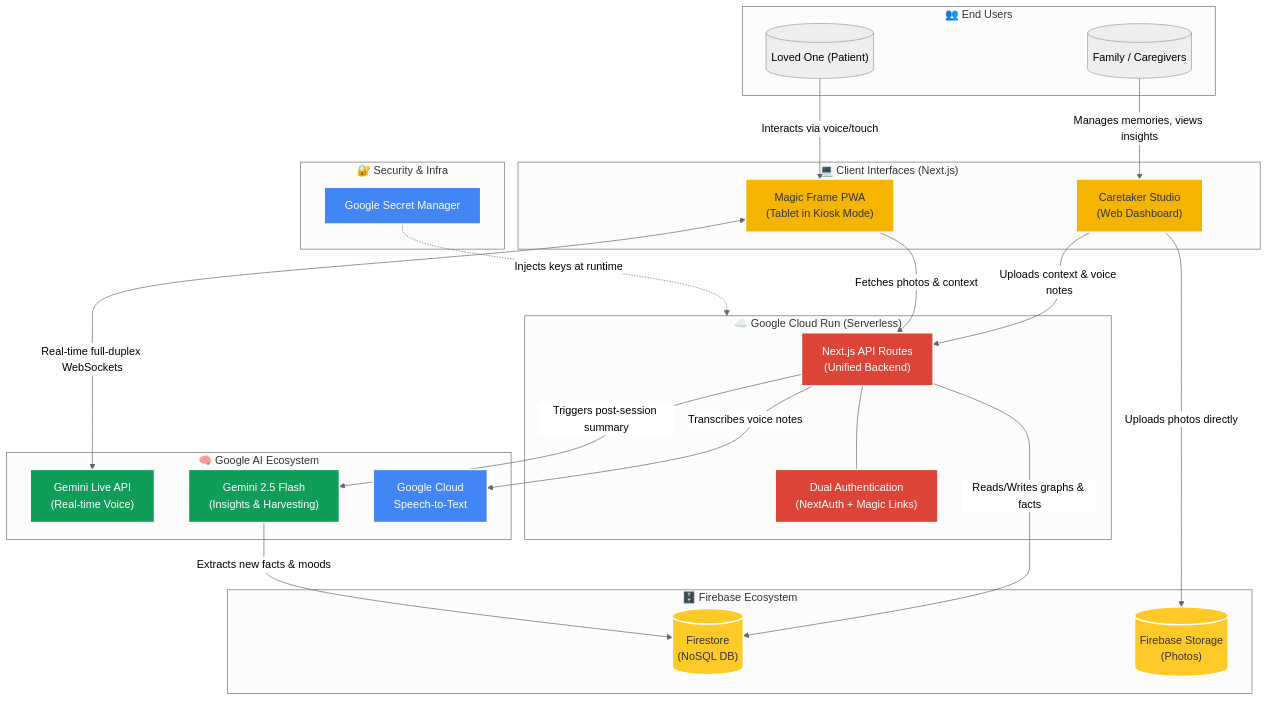
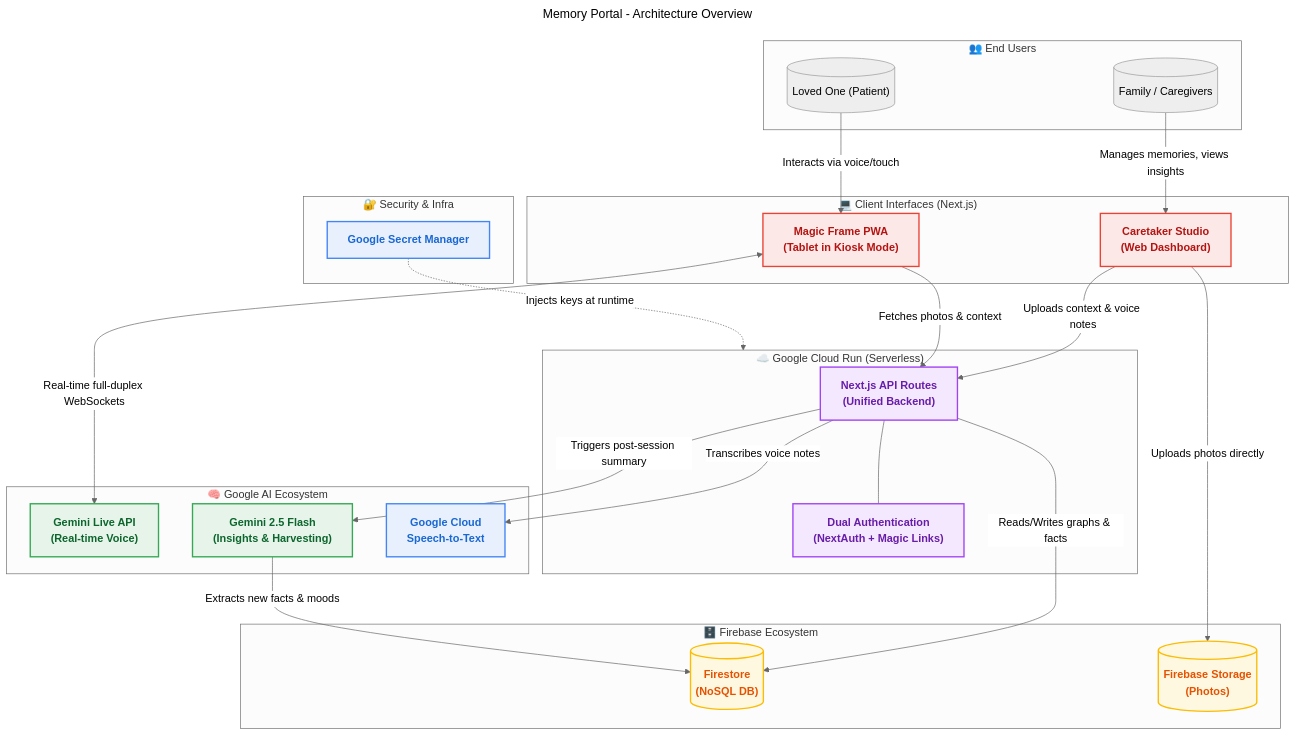
Before and after one commit to srathnagiriswaran/Memory-Portal: the diagram in Plan/02_Architecture.md, drawn with Mermaid (neutral theme). The commit also changed 5 other files, not shown here.

First line of the commit message:
docs: update architecture diagram with high-contrast theme

````diff
--- a/Plan/02_Architecture.md
+++ b/Plan/02_Architecture.md
@@ -72,67 +72,70 @@
 ```mermaid
+---
+title: Memory Portal - Architecture Overview
+---
 flowchart TD
     %% Styling
-    classDef gcp fill:#4285F4,stroke:#fff,stroke-width:2px,color:#fff;
-    classDef firebase fill:#FFCA28,stroke:#fff,stroke-width:2px,color:#333;
-    classDef gemini fill:#0F9D58,stroke:#fff,stroke-width:2px,color:#fff;
-    classDef client fill:#F4B400,stroke:#fff,stroke-width:2px,color:#333;
-    classDef server fill:#DB4437,stroke:#fff,stroke-width:2px,color:#fff;
+    classDef gcp fill:#E8F0FE,stroke:#4285F4,stroke-width:2px,color:#1967D2,font-family:sans-serif,font-weight:bold;
+    classDef firebase fill:#FFF8E1,stroke:#FBBC04,stroke-width:2px,color:#E65100,font-family:sans-serif,font-weight:bold;
+    classDef gemini fill:#E6F4EA,stroke:#34A853,stroke-width:2px,color:#0D652D,font-family:sans-serif,font-weight:bold;
+    classDef client fill:#FCE8E6,stroke:#EA4335,stroke-width:2px,color:#B31412,font-family:sans-serif,font-weight:bold;
+    classDef server fill:#F3E8FD,stroke:#A142F4,stroke-width:2px,color:#681DA8,font-family:sans-serif,font-weight:bold;
 
     %% Actors
     subgraph Users ["👥 End Users"]
         Family[("Family / Caregivers")]
         Patient[("Loved One (Patient)")]
     end
 
     %% Client Apps
     subgraph Clients ["💻 Client Interfaces (Next.js)"]
         Studio["Caretaker Studio<br/>(Web Dashboard)"]:::client
         Frame["Magic Frame PWA<br/>(Tablet in Kiosk Mode)"]:::client
     end
 
     %% Backend Services
     subgraph Backend ["☁️ Google Cloud Run (Serverless)"]
         API["Next.js API Routes<br/>(Unified Backend)"]:::server
         Auth["Dual Authentication<br/>(NextAuth + Magic Links)"]:::server
         API --- Auth
     end
 
     %% AI Models
     subgraph AI ["🧠 Google AI Ecosystem"]
         GeminiLive["Gemini Live API<br/>(Real-time Voice)"]:::gemini
         GeminiPro["Gemini 2.5 Flash<br/>(Insights & Harvesting)"]:::gemini
         STT["Google Cloud<br/>Speech-to-Text"]:::gcp
     end
 
     %% Data & Storage
     subgraph Data ["🗄️ Firebase Ecosystem"]
         Firestore[("Firestore<br/>(NoSQL DB)")]:::firebase
         Storage[("Firebase Storage<br/>(Photos)")]:::firebase
     end
 
     %% Security
     subgraph Sec ["🔐 Security & Infra"]
         GSM["Google Secret Manager"]:::gcp
     end
 
     %% Relationships - Users to Clients
     Family -->|Manages memories, views insights| Studio
     Patient -->|Interacts via voice/touch| Frame
 
     %% Clients to Backend & AI
     Studio -->|Uploads context & voice notes| API
     Studio -->|Uploads photos directly| Storage
     
     Frame <-->|Real-time full-duplex WebSockets| GeminiLive
     Frame -->|Fetches photos & context| API
 
     %% Backend to Data & Services
     API -->|Transcribes voice notes| STT
     API -->|Reads/Writes graphs & facts| Firestore
     API -->|Triggers post-session summary| GeminiPro
 
     GeminiPro -->|Extracts new facts & moods| Firestore
     
     %% Infra connections
     GSM -.->|Injects keys at runtime| Backend
 ```
````
